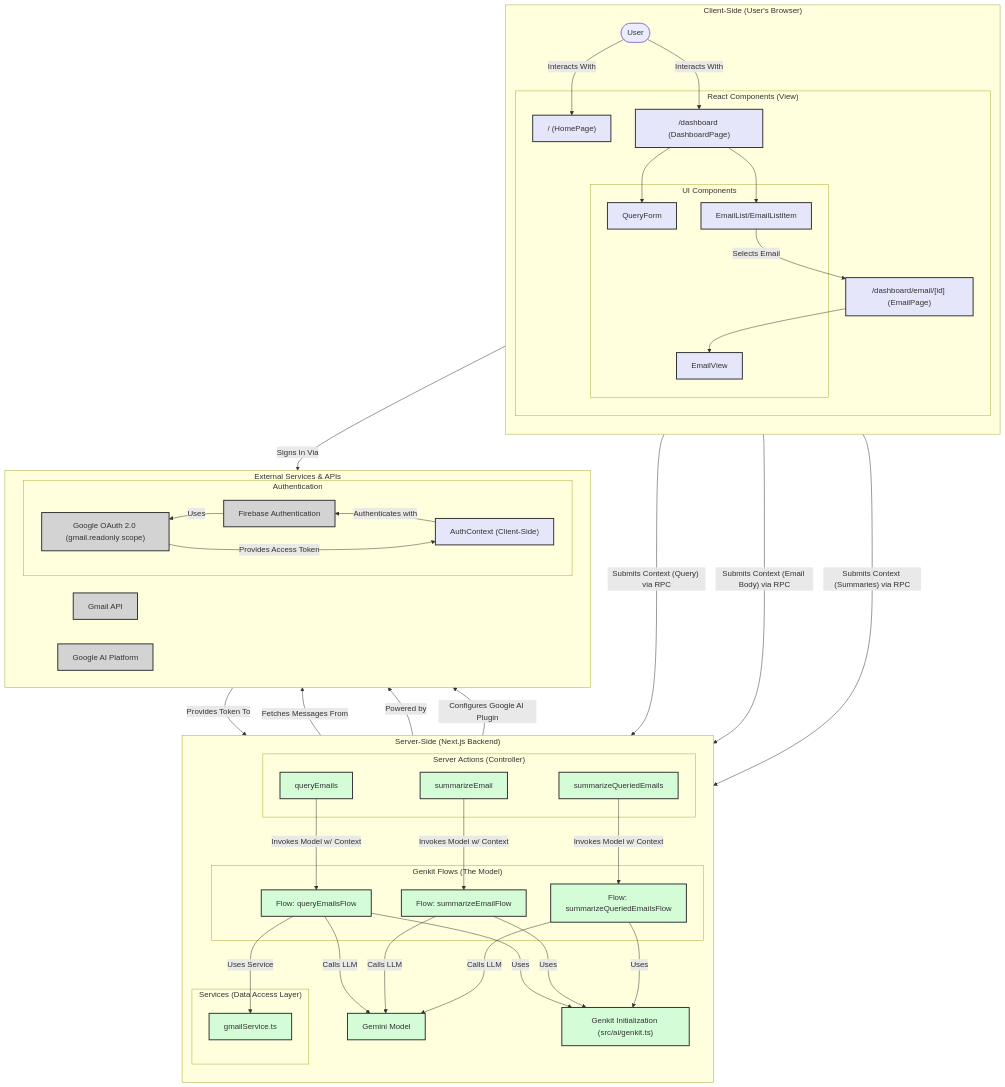
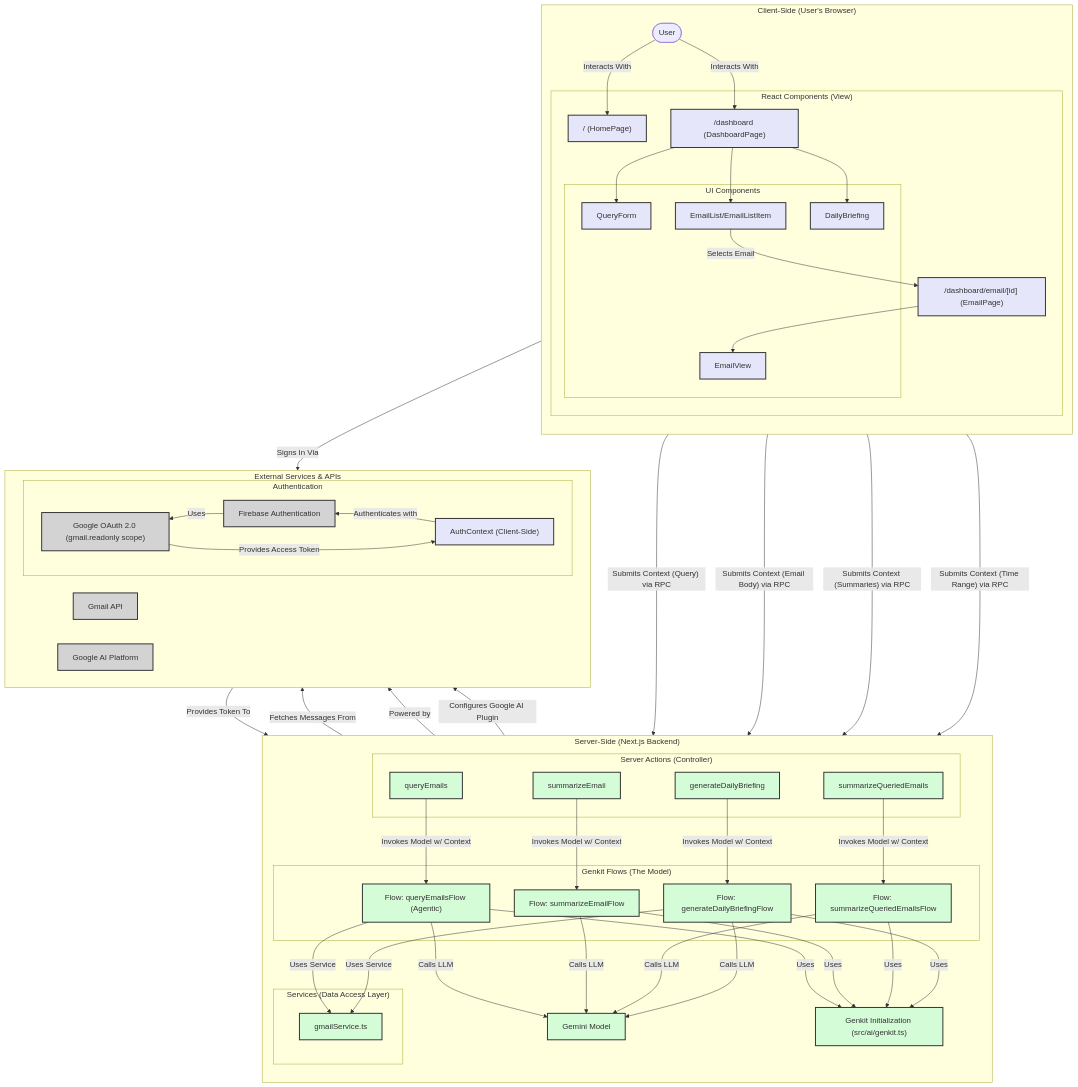
One commit to siivalivi/mailsage-app changed the diagram in ARCHITECTURE.md. Above: the diagram before and after it, drawn with Mermaid. The commit also changed other lines of this file and 1 other file, not shown here.

````diff
--- a/ARCHITECTURE.md
+++ b/ARCHITECTURE.md
@@ -82,6 +82,7 @@
                 QueryForm["QueryForm"]
                 EmailList["EmailList/EmailListItem"]
                 EmailView["EmailView"]
+                DailyBriefing["DailyBriefing"]
             end
         end
 
@@ -90,6 +91,7 @@
         
         DashboardPage --> QueryForm
         DashboardPage --> EmailList
+        DashboardPage --> DailyBriefing
         EmailList -- "Selects Email" --> EmailPage
         EmailPage --> EmailView
     end
@@ -101,12 +103,14 @@
             SA_queryEmails["queryEmails"]
             SA_summarizeEmail["summarizeEmail"]
             SA_summarizeQueriedEmails["summarizeQueriedEmails"]
+            SA_generateDailyBriefing["generateDailyBriefing"]
         end
         
         subgraph "Genkit Flows (The Model)"
-            F_queryEmails["Flow: queryEmailsFlow"]
+            F_queryEmails["Flow: queryEmailsFlow (Agentic)"]
             F_summarizeEmail["Flow: summarizeEmailFlow"]
             F_summarizeQueriedEmails["Flow: summarizeQueriedEmailsFlow"]
+            F_generateDailyBriefing["Flow: generateDailyBriefingFlow"]
         end
         
         subgraph "Services (Data Access Layer)"
@@ -119,22 +123,27 @@
         SA_queryEmails -- "Invokes Model w/ Context" --> F_queryEmails
         SA_summarizeEmail -- "Invokes Model w/ Context" --> F_summarizeEmail
         SA_summarizeQueriedEmails -- "Invokes Model w/ Context" --> F_summarizeQueriedEmails
+        SA_generateDailyBriefing -- "Invokes Model w/ Context" --> F_generateDailyBriefing
         
         %% Model internal communication
         F_queryEmails -- "Uses Service" --> S_GmailService
         F_queryEmails -- "Calls LLM" --> M_Gemini["Gemini Model"]
         F_summarizeEmail -- "Calls LLM" --> M_Gemini
         F_summarizeQueriedEmails -- "Calls LLM" --> M_Gemini
+        F_generateDailyBriefing -- "Uses Service" --> S_GmailService
+        F_generateDailyBriefing -- "Calls LLM" --> M_Gemini
         
         F_queryEmails -- "Uses" --> GenkitInit
         F_summarizeEmail -- "Uses" --> GenkitInit
         F_summarizeQueriedEmails -- "Uses" --> GenkitInit
+        F_generateDailyBriefing -- "Uses" --> GenkitInit
     end
     
     %% Client to Server communication
     QueryForm -- "Submits Context (Query) via RPC" --> SA_queryEmails
     EmailView -- "Submits Context (Email Body) via RPC" --> SA_summarizeEmail
     DashboardPage -- "Submits Context (Summaries) via RPC" --> SA_summarizeQueriedEmails
+    DailyBriefing -- "Submits Context (Time Range) via RPC" --> SA_generateDailyBriefing
 
 
     subgraph "External Services & APIs"
@@ -167,8 +176,8 @@
     classDef server fill:#d4fcd7,stroke:#333,stroke-width:2px;
     classDef external fill:#d3d3d3,stroke:#333,stroke-width:2px;
 
-    class HomePage,DashboardPage,EmailPage,QueryForm,EmailList,EmailView,AuthContext client;
-    class SA_queryEmails,SA_summarizeEmail,SA_summarizeQueriedEmails,F_queryEmails,F_summarizeEmail,F_summarizeQueriedEmails,M_Gemini,S_GmailService,GenkitInit server;
+    class HomePage,DashboardPage,EmailPage,QueryForm,EmailList,EmailView,AuthContext,DailyBriefing client;
+    class SA_queryEmails,SA_summarizeEmail,SA_summarizeQueriedEmails,SA_generateDailyBriefing,F_queryEmails,F_summarizeEmail,F_summarizeQueriedEmails,F_generateDailyBriefing,M_Gemini,S_GmailService,GenkitInit server;
     class FirebaseAuth,GoogleOAuth,GmailAPI,GoogleAI external;
 
 ```
````
